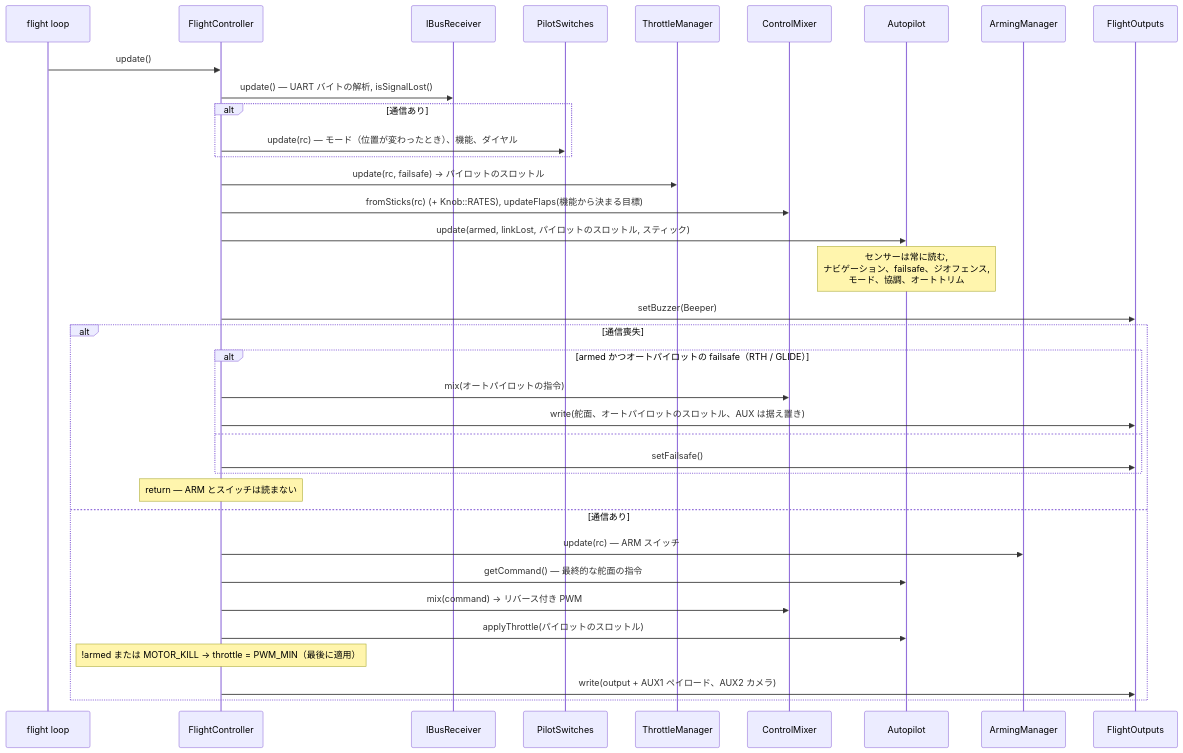
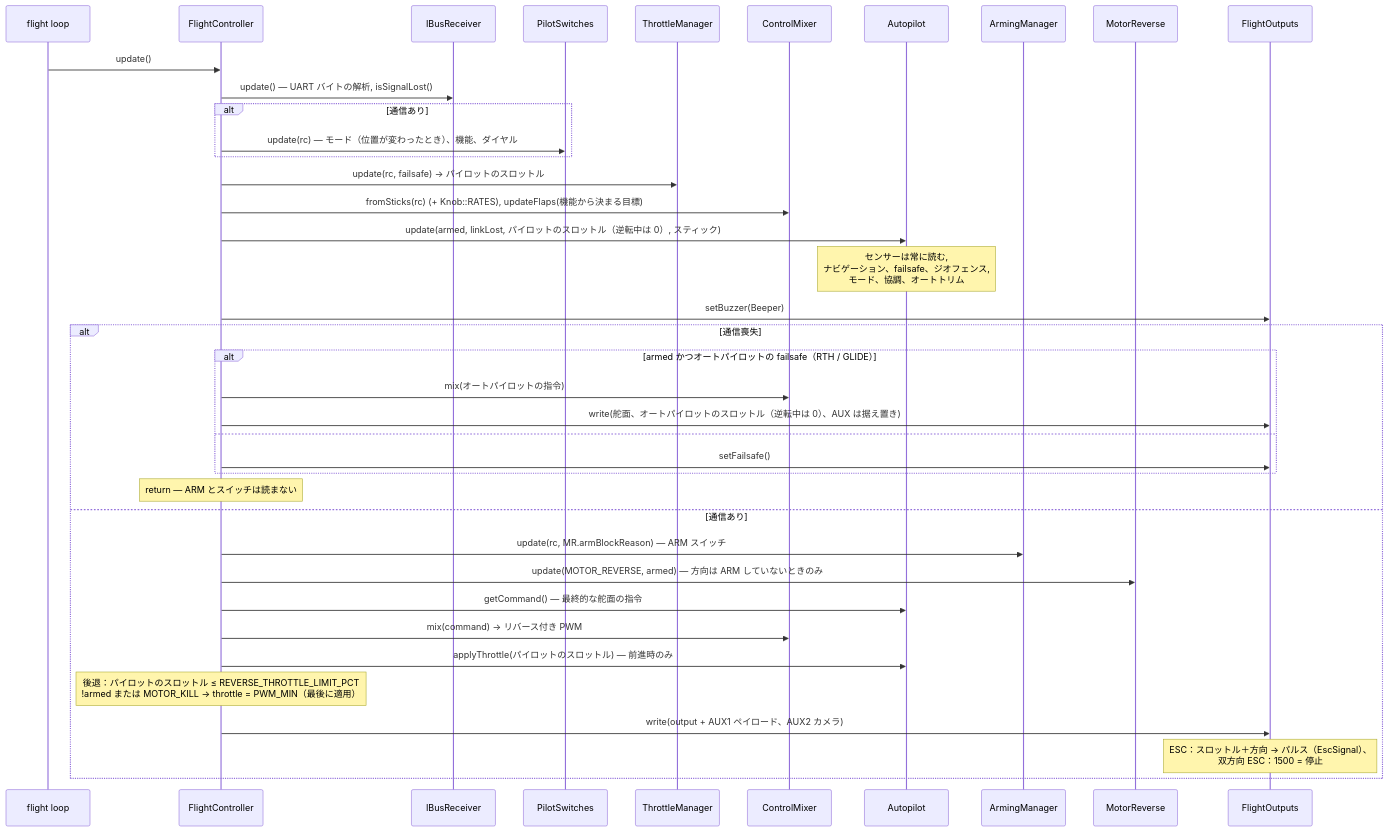
Before and after one commit to damir-lebedev/OpenPlaneProject: the sixth of 11 diagrams in docs/i18n/ja/ARCHITECTURE.md, drawn with Mermaid. The commit also changed other lines of this file and 166 other files, not shown here.

First line of the commit message:
Make the bidirectional BLHeli 80A ESC the main one, with a disarm-only motor reverse

````diff
--- a/docs/i18n/ja/ARCHITECTURE.md
+++ b/docs/i18n/ja/ARCHITECTURE.md
@@ -355,39 +355,42 @@
 ```mermaid
 sequenceDiagram
     participant L as flight loop
     participant FC as FlightController
     participant RX as IBusReceiver
     participant SW as PilotSwitches
     participant TM as ThrottleManager
     participant MX as ControlMixer
     participant AP as Autopilot
     participant AM as ArmingManager
+    participant MR as MotorReverse
     participant OUT as FlightOutputs
 
     L->>FC: update()
     FC->>RX: update() — UART バイトの解析, isSignalLost()
     alt 通信あり
         FC->>SW: update(rc) — モード（位置が変わったとき）、機能、ダイヤル
     end
     FC->>TM: update(rc, failsafe) → パイロットのスロットル
     FC->>MX: fromSticks(rc) (+ Knob::RATES), updateFlaps(機能から決まる目標)
-    FC->>AP: update(armed, linkLost, パイロットのスロットル, スティック)
+    FC->>AP: update(armed, linkLost, パイロットのスロットル（逆転中は 0）, スティック)
     Note over AP: センサーは常に読む,<br/>ナビゲーション、failsafe、ジオフェンス,<br/>モード、協調、オートトリム
     FC->>OUT: setBuzzer(Beeper)
     alt 通信喪失
         alt armed かつオートパイロットの failsafe（RTH / GLIDE）
             FC->>MX: mix(オートパイロットの指令)
-            FC->>OUT: write(舵面、オートパイロットのスロットル、AUX は据え置き)
+            FC->>OUT: write(舵面、オートパイロットのスロットル（逆転中は 0）、AUX は据え置き)
         else
             FC->>OUT: setFailsafe()
         end
         Note over FC: return — ARM とスイッチは読まない
     else 通信あり
-        FC->>AM: update(rc) — ARM スイッチ
+        FC->>AM: update(rc, MR.armBlockReason) — ARM スイッチ
+        FC->>MR: update(MOTOR_REVERSE, armed) — 方向は ARM していないときのみ
         FC->>AP: getCommand() — 最終的な舵面の指令
         FC->>MX: mix(command) → リバース付き PWM
-        FC->>AP: applyThrottle(パイロットのスロットル)
-        Note over FC: !armed または MOTOR_KILL → throttle = PWM_MIN（最後に適用）
+        FC->>AP: applyThrottle(パイロットのスロットル) — 前進時のみ
+        Note over FC: 後退：パイロットのスロットル ≤ REVERSE_THROTTLE_LIMIT_PCT<br/>!armed または MOTOR_KILL → throttle = PWM_MIN（最後に適用）
         FC->>OUT: write(output + AUX1 ペイロード、AUX2 カメラ)
+        Note over OUT: ESC：スロットル＋方向 → パルス（EscSignal）、<br/>双方向 ESC：1500 = 停止
     end
 ```
````
